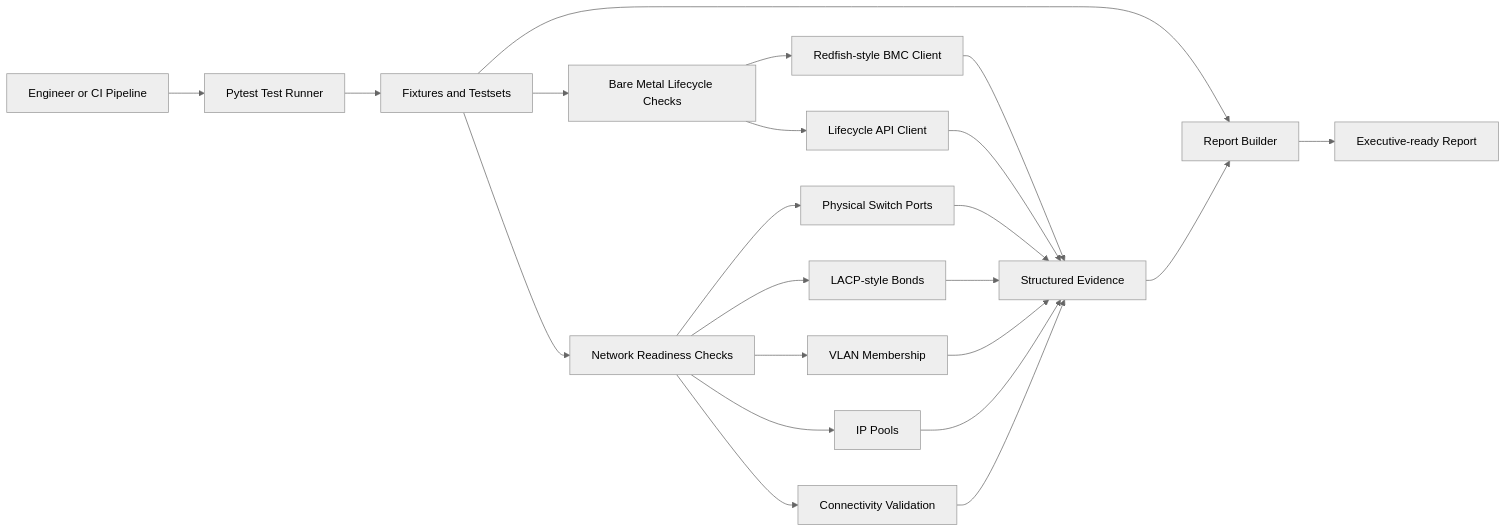
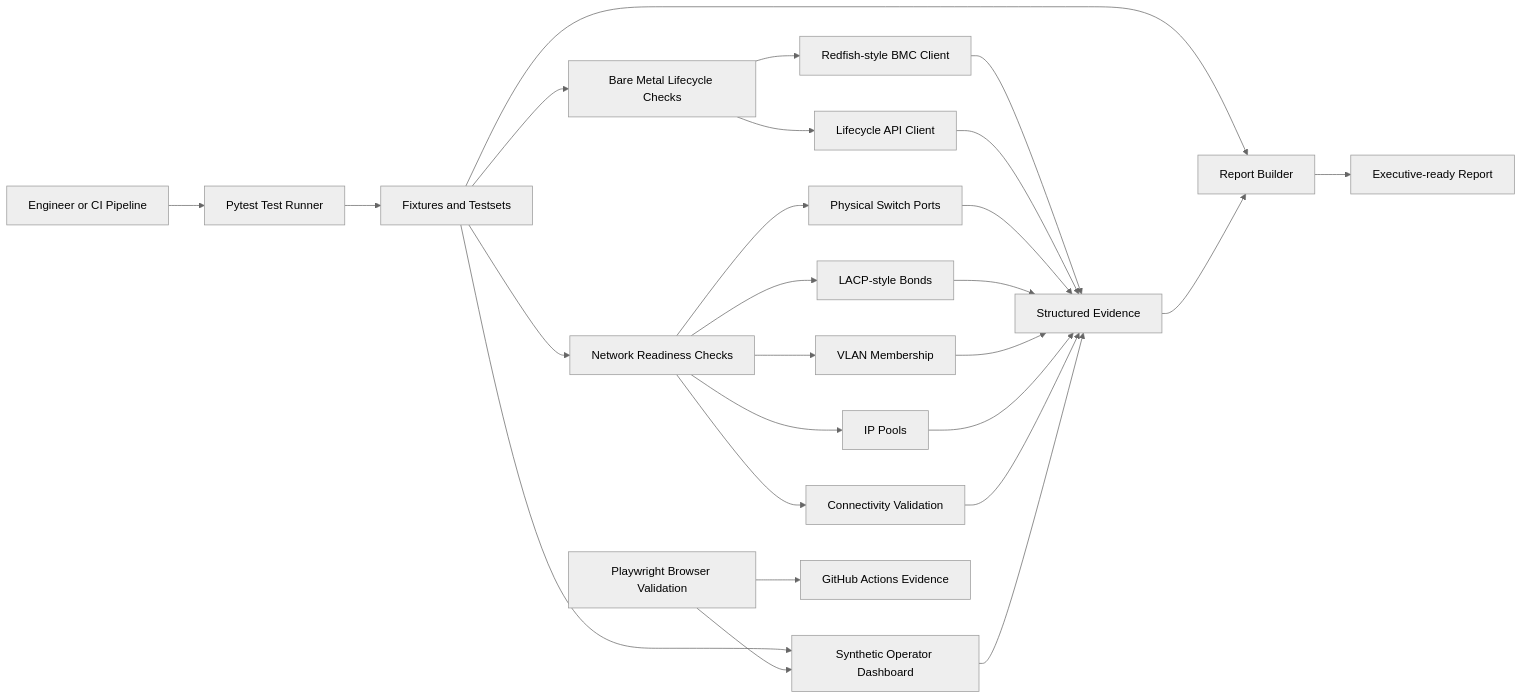
The diagram in docs/ARCHITECTURE.md (ashutoshbhatt1/metalshift), drawn with Mermaid (neutral theme) before and after one commit. The commit also changed other lines of this file and 22 other files, not shown here.

Commit message:
Add Playwright validation and CI evidence

````diff
--- a/docs/ARCHITECTURE.md
+++ b/docs/ARCHITECTURE.md
@@ -18,27 +18,31 @@
 ```mermaid
 flowchart LR
     Operator["Engineer or CI Pipeline"] --> Pytest["Pytest Test Runner"]
     Pytest --> Fixtures["Fixtures and Testsets"]
     Fixtures --> Lifecycle["Bare Metal Lifecycle Checks"]
     Fixtures --> Network["Network Readiness Checks"]
     Fixtures --> Reporting["Report Builder"]
+    Fixtures --> Dashboard["Synthetic Operator Dashboard"]
 
     Lifecycle --> BMC["Redfish-style BMC Client"]
     Lifecycle --> API["Lifecycle API Client"]
 
     Network --> Ports["Physical Switch Ports"]
     Network --> Bonds["LACP-style Bonds"]
     Network --> VLANs["VLAN Membership"]
     Network --> Pools["IP Pools"]
     Network --> Reachability["Connectivity Validation"]
 
     BMC --> Evidence["Structured Evidence"]
     API --> Evidence
     Ports --> Evidence
     Bonds --> Evidence
     VLANs --> Evidence
     Pools --> Evidence
     Reachability --> Evidence
+    Dashboard --> Evidence
     Evidence --> Reporting
     Reporting --> Summary["Executive-ready Report"]
+    Playwright["Playwright Browser Validation"] --> Dashboard
+    Playwright --> CI["GitHub Actions Evidence"]
 ```
````
